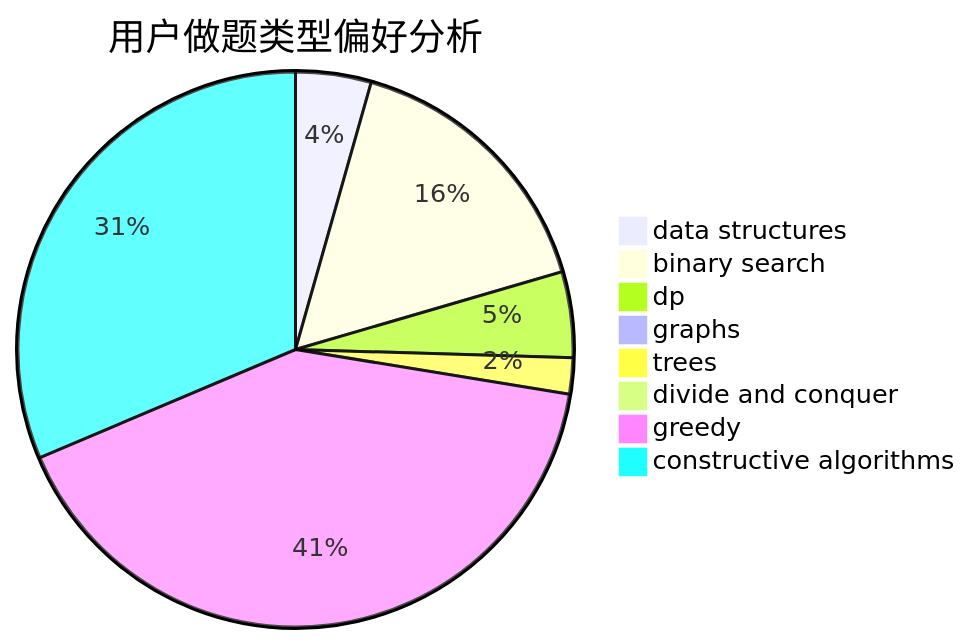
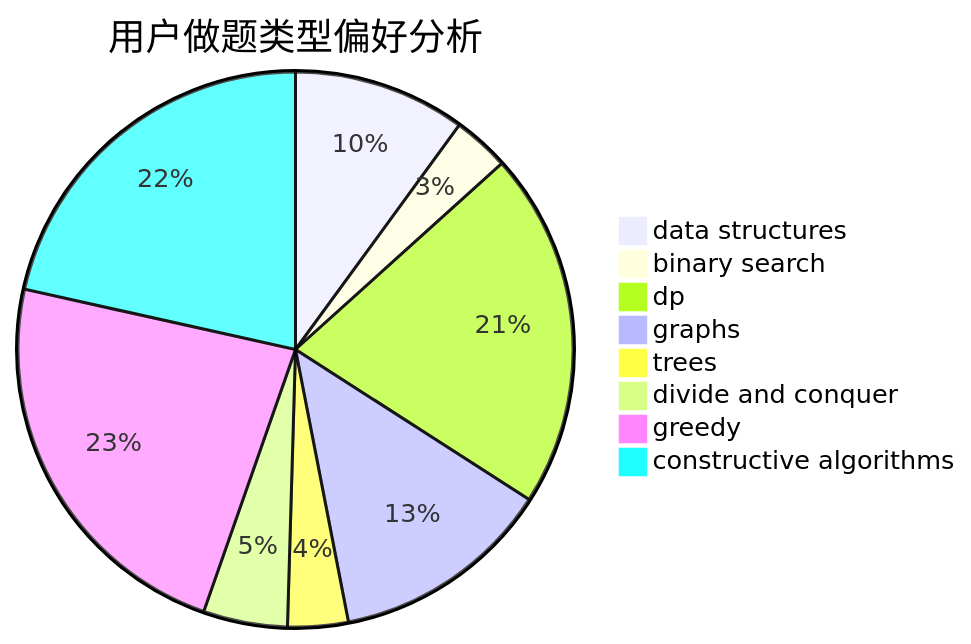
One commit to sherpahu/cfrs.github.io changed the second of 3 diagrams in docs/user/u920.md. Above: the diagram before and after it, drawn with Mermaid. The commit also changed other lines of this file and 2770 other files, not shown here.

````diff
--- a/docs/user/u920.md
+++ b/docs/user/u920.md
@@ -23,11 +23,11 @@
 ```mermaid
 pie title 用户做题类型偏好分析
-    "data structures" :  44
-    "binary search" :  161
-    "dp" :  50
-    "graphs" :  7
-    "trees" :  21
-    "divide and conquer" :  0
-    "greedy" :  411
-    "constructive algorithms" :  314
+    "data structures" :  174
+    "binary search" :  57
+    "dp" :  360
+    "graphs" :  223
+    "trees" :  61
+    "divide and conquer" :  85
+    "greedy" :  401
+    "constructive algorithms" :  373
 ```
````
